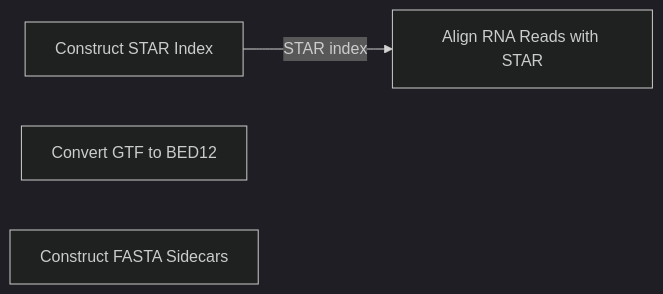
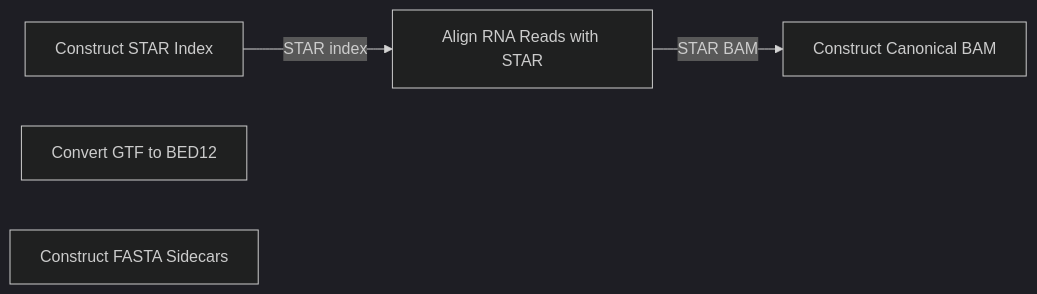
Before and after one commit to lab-cats/EMRYS: the diagram in src/norad/contracts/STAGE_MAP.md, drawn with Mermaid (dark theme). The commit also changed other lines of this file, not shown here.

Commit message:
docs: map canonical BAM dependency

````diff
--- a/src/norad/contracts/STAGE_MAP.md
+++ b/src/norad/contracts/STAGE_MAP.md
@@ -92,9 +94,11 @@
 ```mermaid
 flowchart LR
     construct_STAR_index["Construct STAR Index"]
     convert_GTF_to_BED12["Convert GTF to BED12"]
     construct_FASTA_sidecars["Construct FASTA Sidecars"]
     align_RNA_reads_with_STAR["Align RNA Reads with STAR"]
+    construct_canonical_BAM["Construct Canonical BAM"]
 
     construct_STAR_index -->|STAR index| align_RNA_reads_with_STAR
+    align_RNA_reads_with_STAR -->|STAR BAM| construct_canonical_BAM
 ```
````
